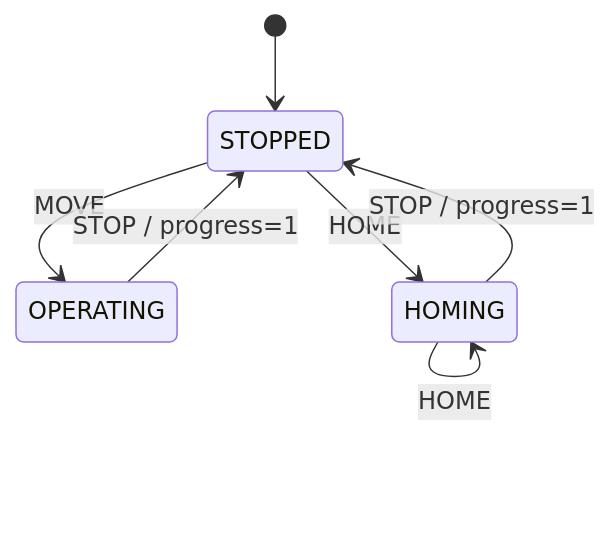
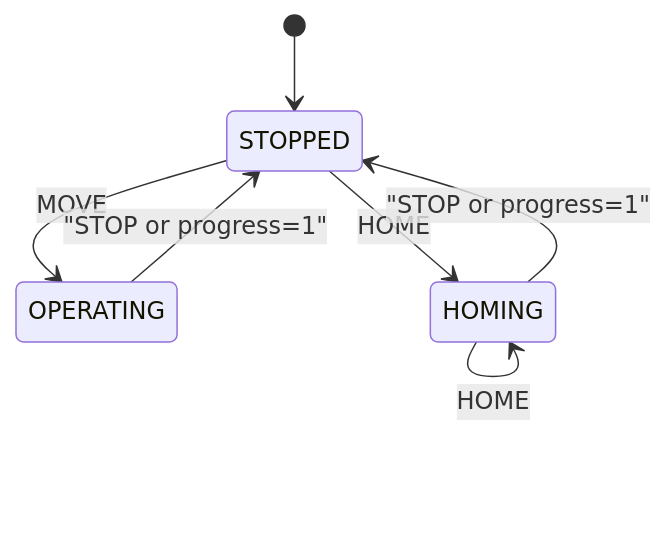
One commit to SeonilChoi/robot_manager changed the diagram in src/robot_manager/scheduler/README.md. Above: the diagram before and after it, drawn with Mermaid. The commit also changed other lines of this file and 9 other files, not shown here.

````diff
--- a/src/robot_manager/scheduler/README.md
+++ b/src/robot_manager/scheduler/README.md
@@ -5,9 +5,9 @@
 ```mermaid
 stateDiagram-v2
   [*] --> STOPPED
   STOPPED --> OPERATING: MOVE
   STOPPED --> HOMING: HOME
-  OPERATING --> STOPPED: STOP / progress=1
-  HOMING --> STOPPED: STOP / progress=1
+  OPERATING --> STOPPED: "STOP or progress=1"
+  HOMING --> STOPPED: "STOP or progress=1"
   HOMING --> HOMING: HOME
 ```
````
